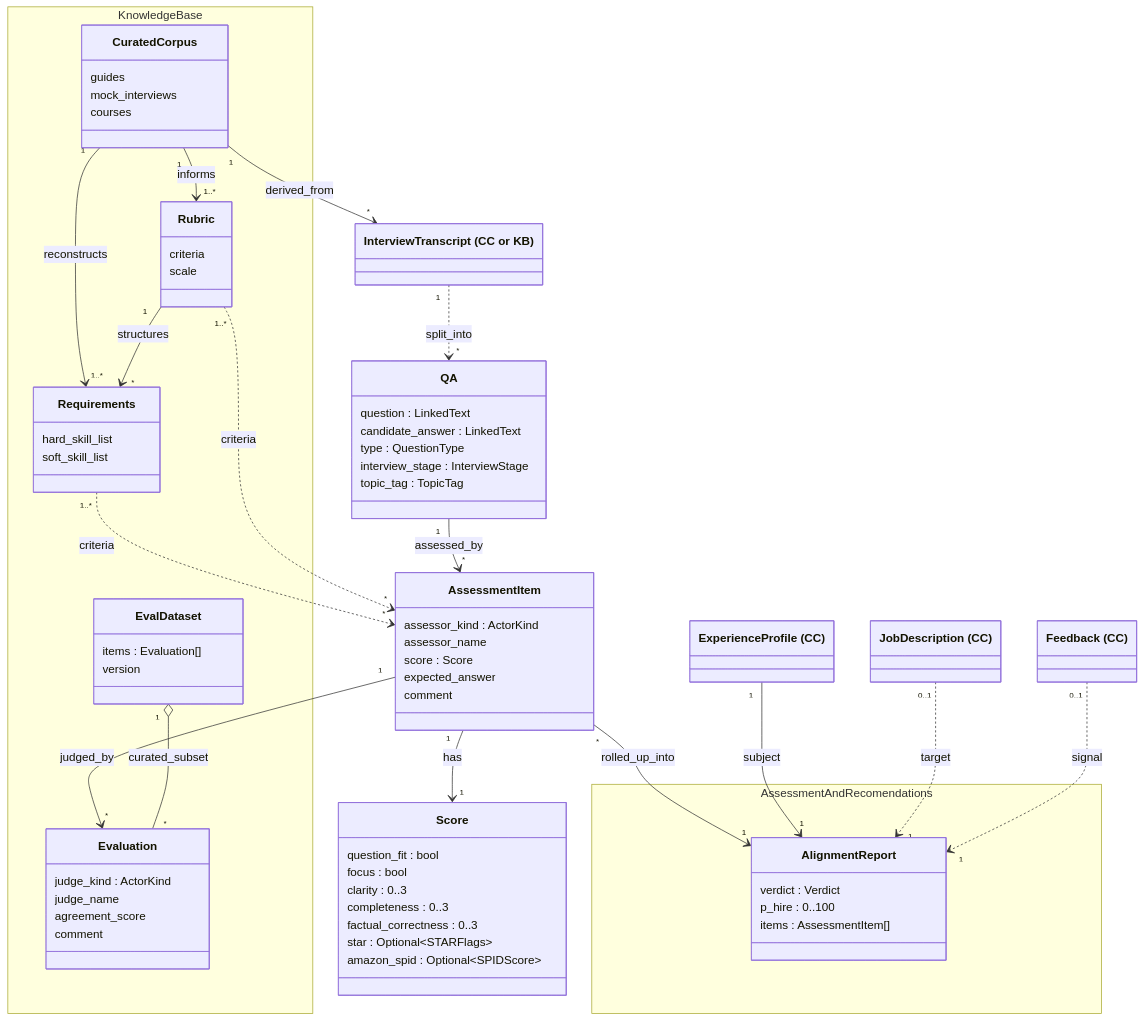
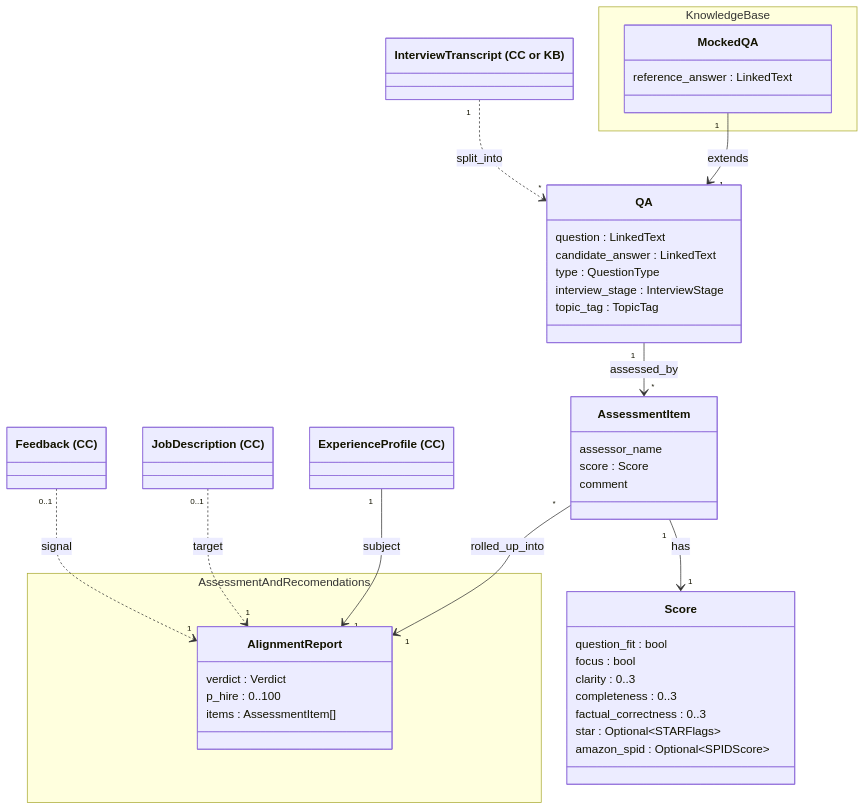
One commit to margomrkv/interview-debrief-assistant changed the second of 4 diagrams in md/spec.md. Above: the diagram before and after it, drawn with Mermaid. The commit also changed other lines of this file, not shown here.

````diff
--- a/md/spec.md
+++ b/md/spec.md
@@ -218,10 +203,8 @@
         topic_tag : TopicTag
     }
     class AssessmentItem {
-        assessor_kind : ActorKind
         assessor_name
         score : Score
-        expected_answer
         comment
     }
     class Score {
@@ -235,28 +218,8 @@
     }
 
     namespace KnowledgeBase {
-        class CuratedCorpus {
-            guides
-            mock_interviews
-            courses
-        }
-        class Rubric {
-            criteria
-            scale
-        }
-        class Requirements {
-            hard_skill_list
-            soft_skill_list
-        }
-        class Evaluation {
-            judge_kind : ActorKind
-            judge_name
-            agreement_score
-            comment
-        }
-        class EvalDataset {
-            items : Evaluation[]
-            version
+        class MockedQA {
+            reference_answer : LinkedText
         }
     }
 
@@ -269,16 +232,10 @@
     }
 
     %% KB-внутренние связи: корпус → рубрики/требования/QA
-    CuratedCorpus "1" --> "1..*" Rubric : informs
-    CuratedCorpus "1" --> "1..*" Requirements : reconstructs
-    Rubric "1" --> "*" Requirements : structures
-    CuratedCorpus "1" --> "*" InterviewTranscript : derived_from
+    MockedQA "1" --> "1" QA : extends
 
-    %% Generic lifecycle: QA → AssessmentItem → Evaluation
     QA "1" --> "*" AssessmentItem : assessed_by
     AssessmentItem "1" --> "1" Score : has
-    AssessmentItem "1" --> "*" Evaluation : judged_by
-    EvalDataset "1" o-- "*" Evaluation : curated_subset
 
     %% AR rollup: AssessmentItem[] → AlignmentReport
     AssessmentItem "*" --> "1" AlignmentReport : rolled_up_into
@@ -289,7 +246,4 @@
     Feedback "0..1" ..> "1" AlignmentReport : signal
     InterviewTranscript "1" ..> "*" QA : split_into
 
-    %% AR ↔ KB (опциональный grounding для Evaluator)
-    Requirements "1..*" ..> "*" AssessmentItem : criteria
-    Rubric "1..*" ..> "*" AssessmentItem : criteria
 ```
````
